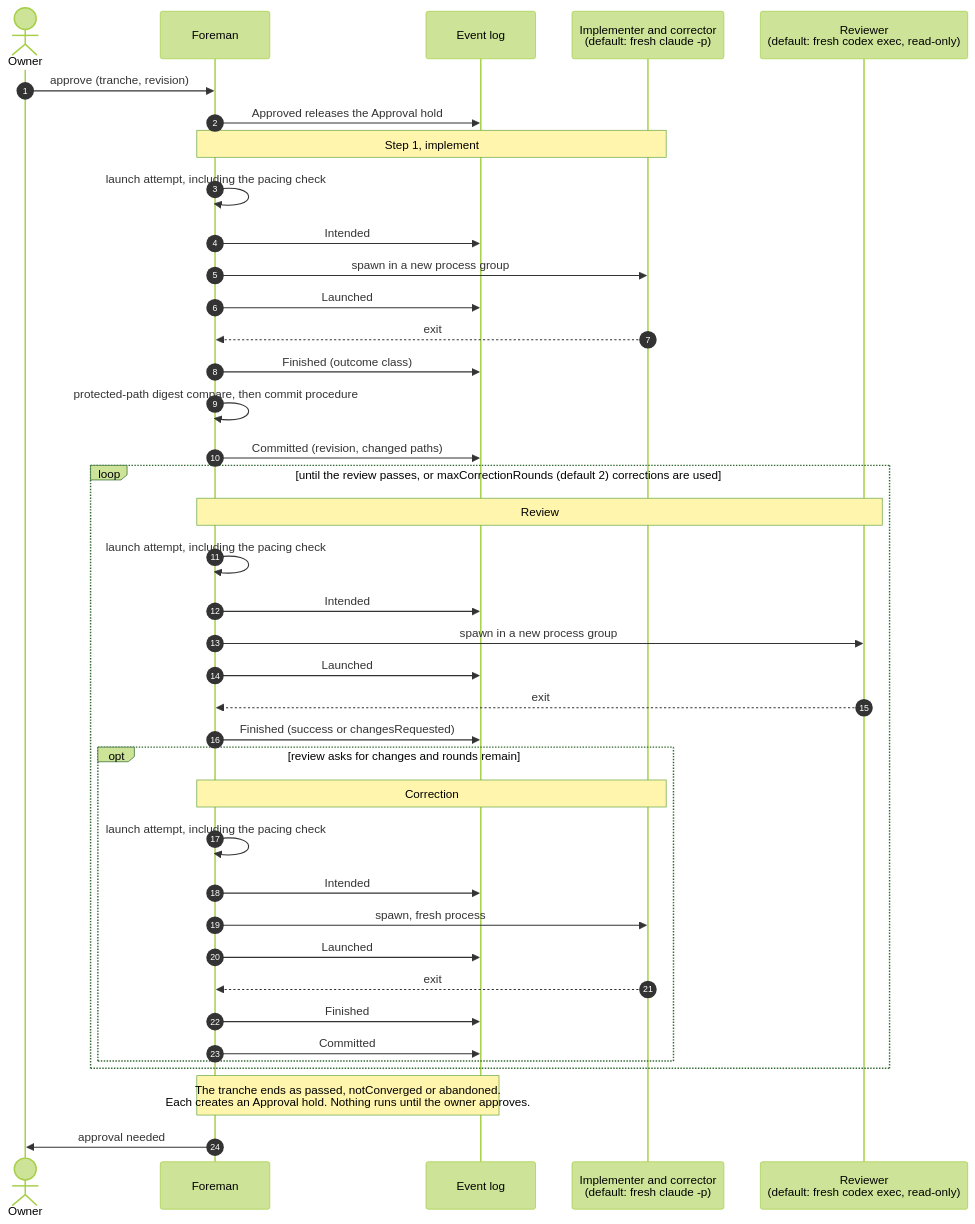
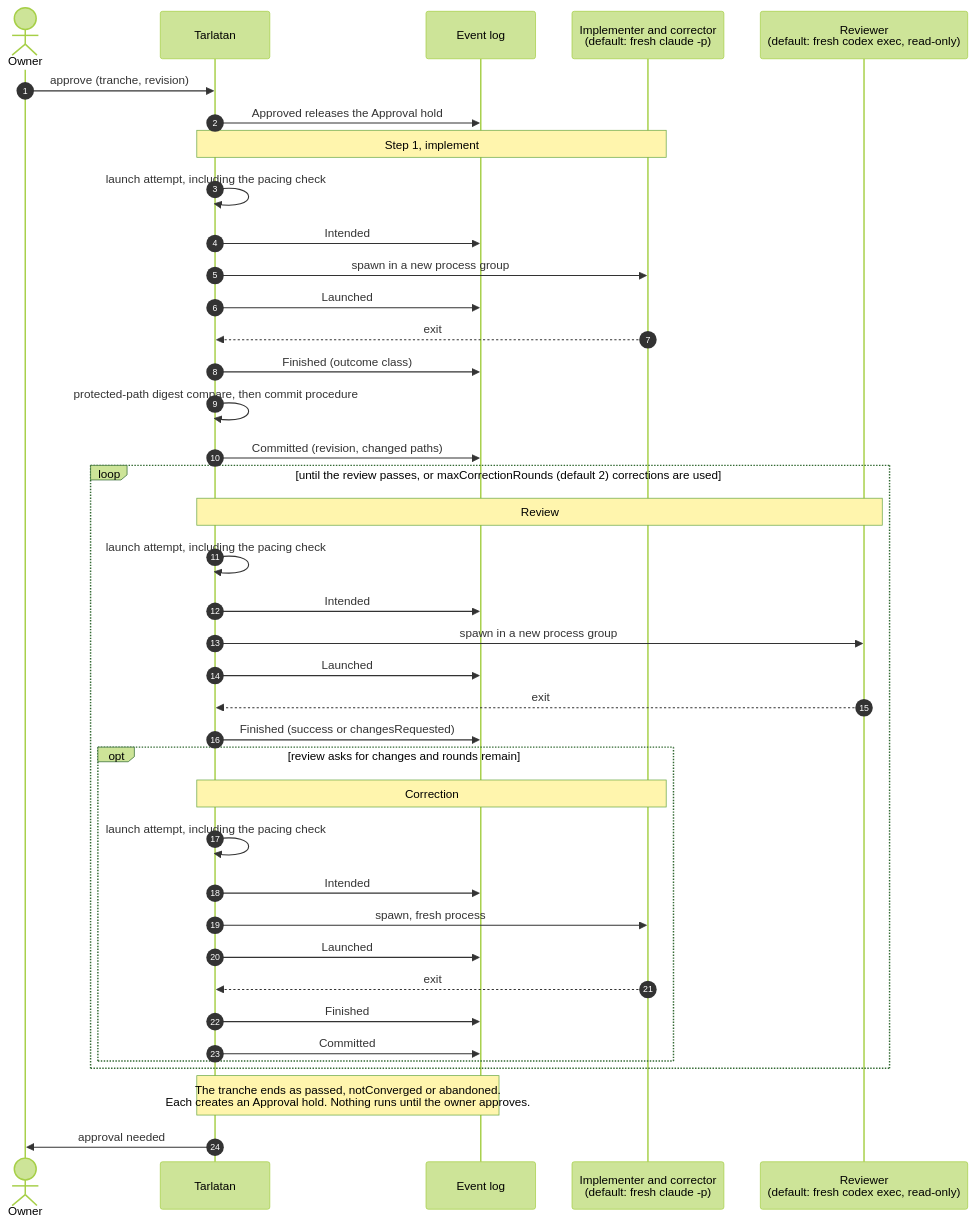
The first of 4 diagrams in docs/how-it-works.md (Ethan826/foreman), drawn with Mermaid (forest theme) before and after one commit. The commit also changed other lines of this file and 126 other files, not shown here.

First line of the commit message:
refactor: rename the project from foreman to tarlatan (dogfood-4)

````diff
--- a/docs/how-it-works.md
+++ b/docs/how-it-works.md
@@ -13,45 +13,45 @@
 ```mermaid
 sequenceDiagram
     autonumber
     actor Owner
-    participant F as Foreman
+    participant F as Tarlatan
     participant L as Event log
     participant C as Implementer and corrector<br/>(default: fresh claude -p)
     participant R as Reviewer<br/>(default: fresh codex exec, read-only)
 
     Owner->>F: approve (tranche, revision)
     F->>L: Approved releases the Approval hold
 
     Note over F,C: Step 1, implement
     F->>F: launch attempt, including the pacing check
     F->>L: Intended
     F->>C: spawn in a new process group
     F->>L: Launched
     C-->>F: exit
     F->>L: Finished (outcome class)
     F->>F: protected-path digest compare, then commit procedure
     F->>L: Committed (revision, changed paths)
 
     loop until the review passes, or maxCorrectionRounds (default 2) corrections are used
         Note over F,R: Review
         F->>F: launch attempt, including the pacing check
         F->>L: Intended
         F->>R: spawn in a new process group
         F->>L: Launched
         R-->>F: exit
         F->>L: Finished (success or changesRequested)
         opt review asks for changes and rounds remain
             Note over F,C: Correction
             F->>F: launch attempt, including the pacing check
             F->>L: Intended
             F->>C: spawn, fresh process
             F->>L: Launched
             C-->>F: exit
             F->>L: Finished
             F->>L: Committed
         end
     end
 
     Note over F,L: The tranche ends as passed, notConverged or abandoned.<br/>Each creates an Approval hold. Nothing runs until the owner approves.
     F->>Owner: approval needed
 ```
````
